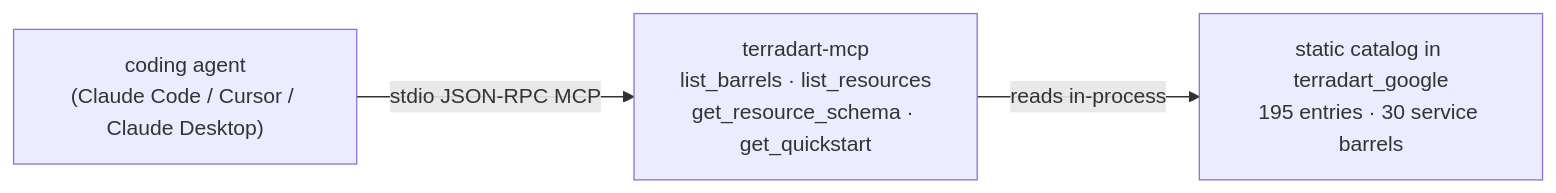
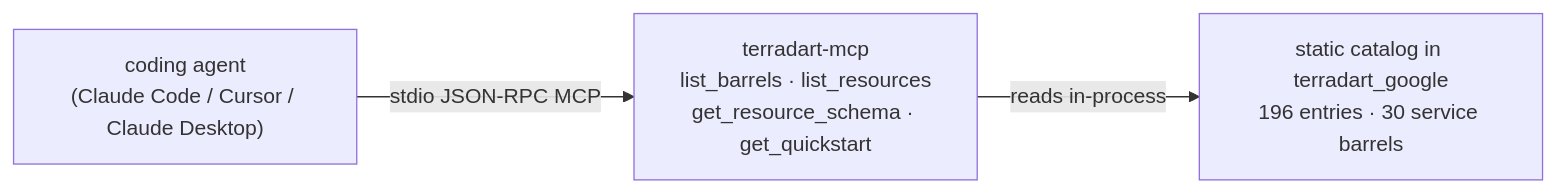
One commit to nozomi-koborinai/terradart changed the diagram in website/src/content/docs/docs/agent/index.md. Above: the diagram before and after it, drawn with Mermaid. The commit also changed other lines of this file and 54 other files, not shown here.

````diff
--- a/website/src/content/docs/docs/agent/index.md
+++ b/website/src/content/docs/docs/agent/index.md
@@ -12,8 +12,8 @@
 ```mermaid
 graph LR
   agent["coding agent<br/>(Claude Code / Cursor / Claude Desktop)"]
   mcp["terradart-mcp<br/>list_barrels · list_resources<br/>get_resource_schema · get_quickstart"]
-  catalog["static catalog in terradart_google<br/>195 entries · 30 service barrels"]
+  catalog["static catalog in terradart_google<br/>196 entries · 30 service barrels"]
   agent -->|stdio JSON-RPC MCP| mcp
   mcp -->|reads in-process| catalog
 ```
````
